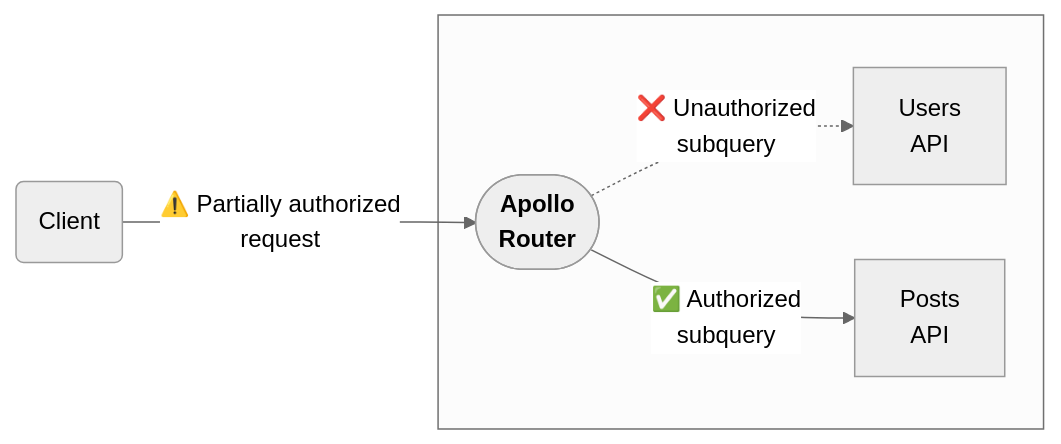
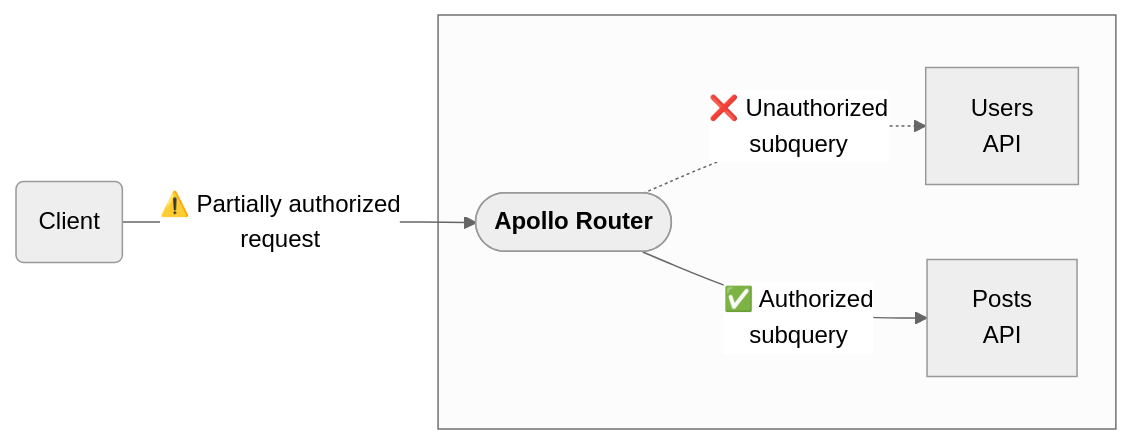
The second of 3 diagrams in docs/source/configuration/authorization.mdx (apollographql/router), drawn with Mermaid (neutral theme) before and after one commit. The commit also changed other lines of this file, not shown here.

Commit message:
Revert Mermaid changes

````diff
--- a/docs/source/configuration/authorization.mdx
+++ b/docs/source/configuration/authorization.mdx
@@ -31,12 +31,12 @@
   ```mermaid
   flowchart LR;
     clients(Client);
     subgraph Router[" "]
-      router(["<b>Apollo<br/>Router</b>"]);
+      router(["<b>Apollo Router</b>"]);
       serviceB[Users<br/>API];
       serviceC[Posts<br/>API];
     end
     router -->|"✅ Authorized <br/> subquery"| serviceC;
       router -.->|"❌ Unauthorized <br/> subquery"| serviceB;
     clients -->|"⚠️ Partially authorized <br/>request"| router;
   ```
````
